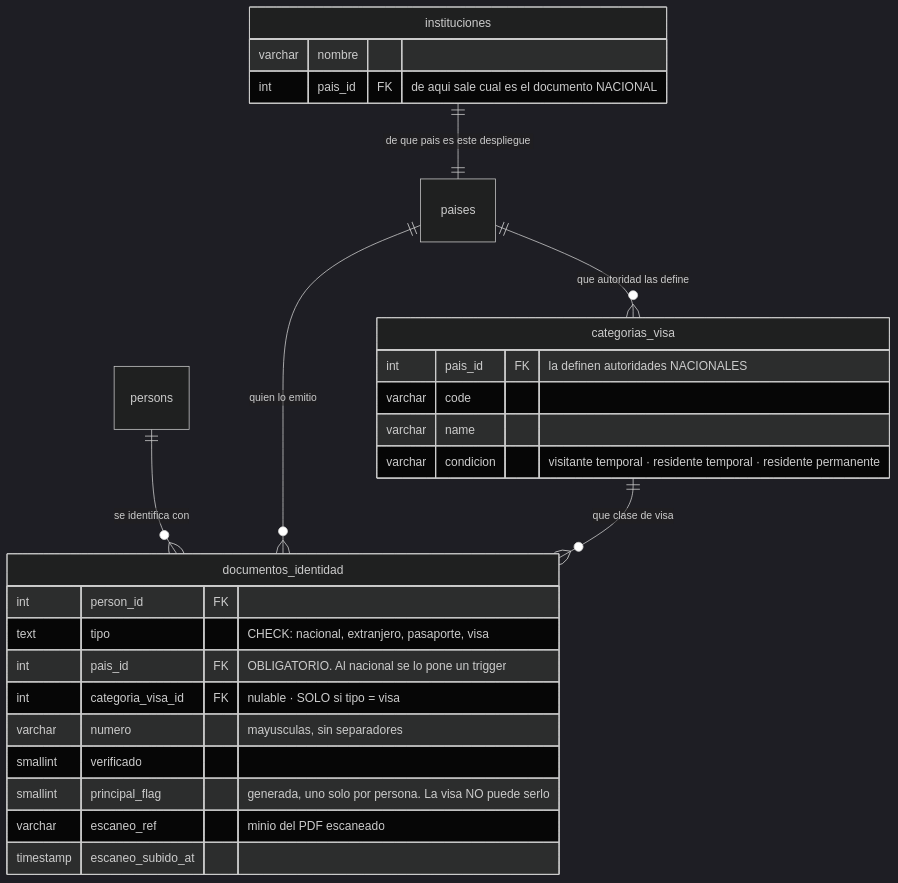
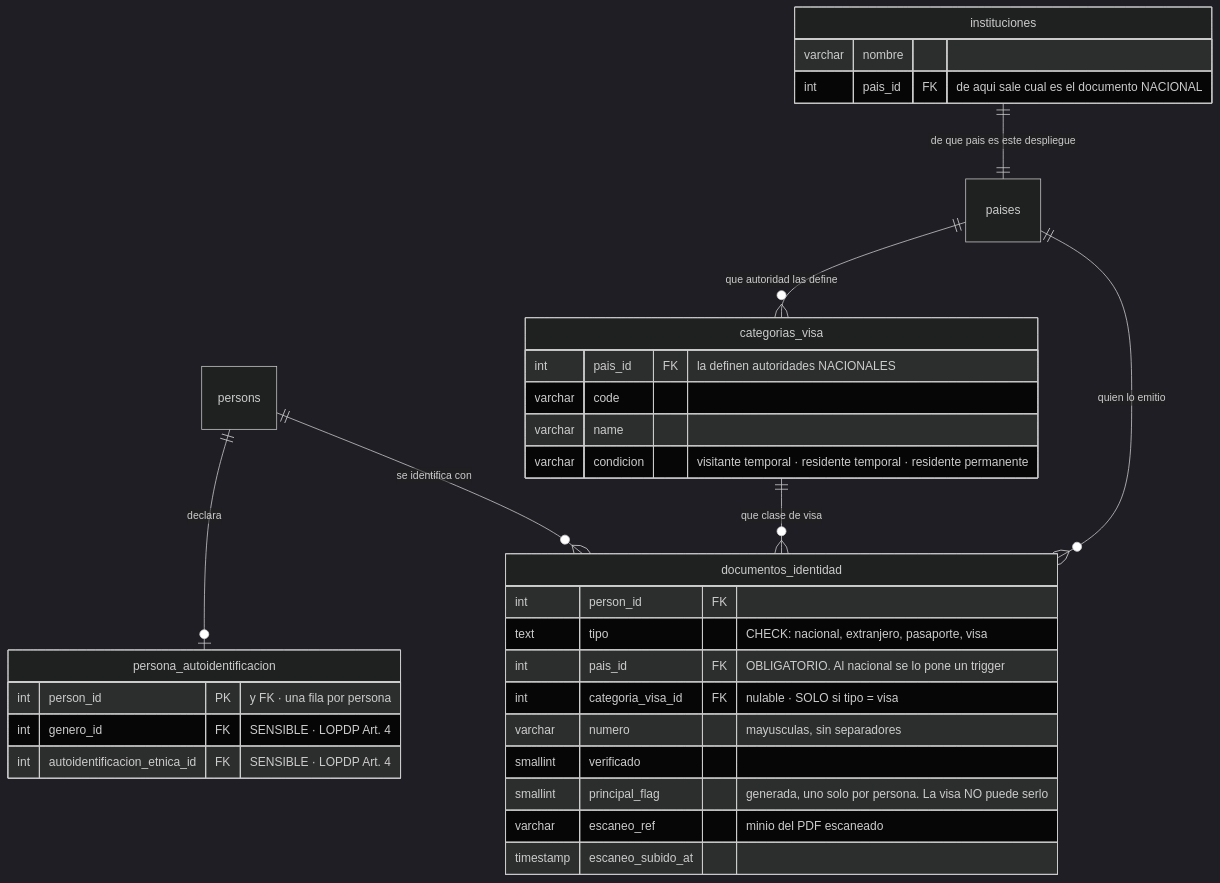
The first of 4 diagrams in docs/src/content/docs/modelo/organizacion.md (fresvel/deasy), drawn with Mermaid (dark theme) before and after one commit. The commit also changed other lines of this file and 36 other files, not shown here.

````diff
--- a/docs/src/content/docs/modelo/organizacion.md
+++ b/docs/src/content/docs/modelo/organizacion.md
@@ -229,30 +229,36 @@
 ```mermaid
 erDiagram
   persons ||--o{ documentos_identidad : "se identifica con"
   paises ||--o{ documentos_identidad : "quien lo emitio"
   categorias_visa ||--o{ documentos_identidad : "que clase de visa"
   paises ||--o{ categorias_visa : "que autoridad las define"
   instituciones ||--|| paises : "de que pais es este despliegue"
+  persons ||--o| persona_autoidentificacion : "declara"
 
+  persona_autoidentificacion {
+    int person_id PK "y FK · una fila por persona"
+    int genero_id FK "SENSIBLE · LOPDP Art. 4"
+    int autoidentificacion_etnica_id FK "SENSIBLE · LOPDP Art. 4"
+  }
   documentos_identidad {
     int person_id FK
     text tipo "CHECK: nacional, extranjero, pasaporte, visa"
     int pais_id FK "OBLIGATORIO. Al nacional se lo pone un trigger"
     int categoria_visa_id FK "nulable · SOLO si tipo = visa"
     varchar numero "mayusculas, sin separadores"
     smallint verificado
     smallint principal_flag "generada, uno solo por persona. La visa NO puede serlo"
     varchar escaneo_ref "minio del PDF escaneado"
     timestamp escaneo_subido_at
   }
   categorias_visa {
     int pais_id FK "la definen autoridades NACIONALES"
     varchar code
     varchar name
     varchar condicion "visitante temporal · residente temporal · residente permanente"
   }
   instituciones {
     varchar nombre
     int pais_id FK "de aqui sale cual es el documento NACIONAL"
   }
 ```
````
